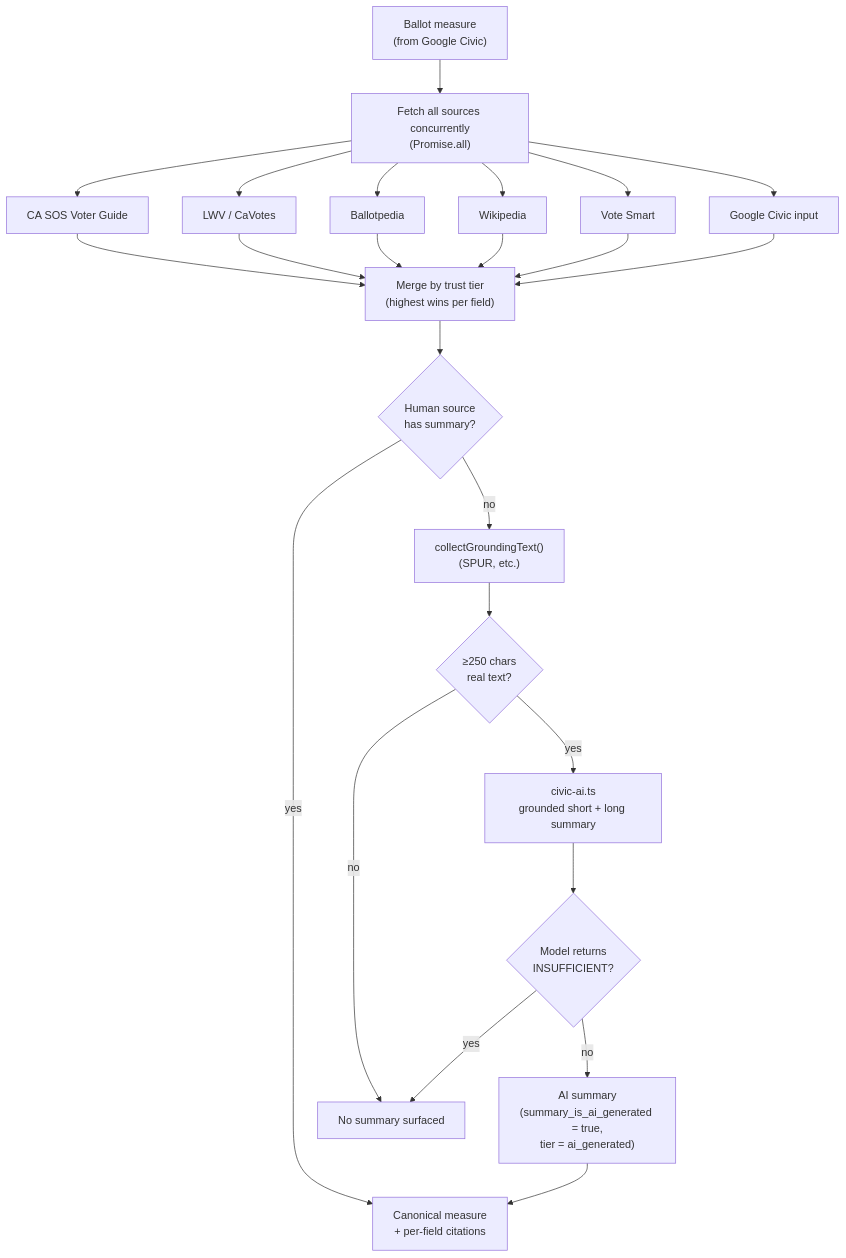
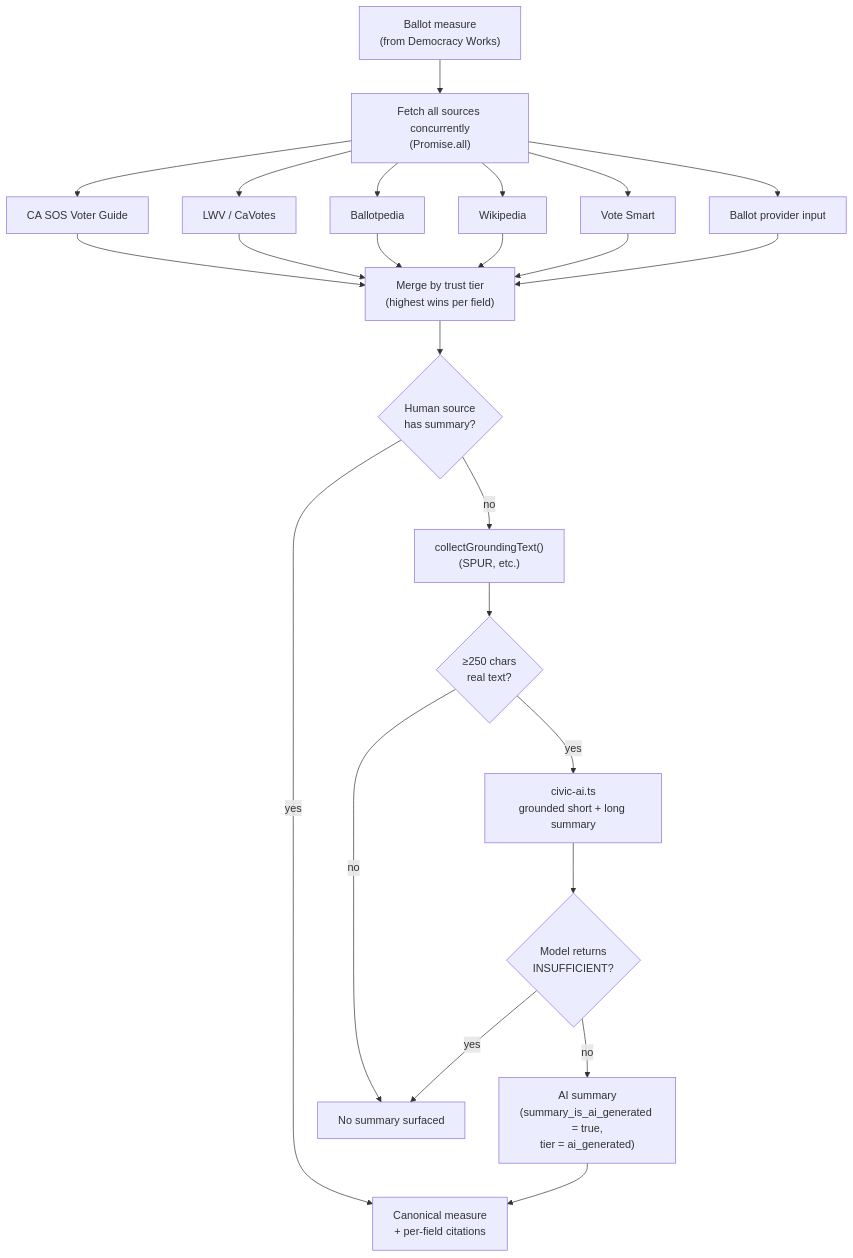
The diagram in docs/measure-enrichment.md (billion-app/billion), drawn with Mermaid before and after one commit. The commit also changed other lines of this file and 18 other files, not shown here.

Commit message:
feat(api): migrate ballot reads to Democracy Works

````diff
--- a/docs/measure-enrichment.md
+++ b/docs/measure-enrichment.md
@@ -67,24 +66,24 @@
 ```mermaid
 flowchart TD
-    measure["Ballot measure<br/>(from Google Civic)"] --> fetch["Fetch all sources concurrently<br/>(Promise.all)"]
+    measure["Ballot measure<br/>(from Democracy Works)"] --> fetch["Fetch all sources concurrently<br/>(Promise.all)"]
 
     fetch --> sos["CA SOS Voter Guide"]
     fetch --> lwv["LWV / CaVotes"]
     fetch --> bp["Ballotpedia"]
     fetch --> wiki["Wikipedia"]
     fetch --> vs["Vote Smart"]
-    fetch --> gc["Google Civic input"]
+    fetch --> gc["Ballot provider input"]
 
     sos & lwv & bp & wiki & vs & gc --> merge["Merge by trust tier<br/>(highest wins per field)"]
 
     merge --> hassummary{"Human source<br/>has summary?"}
     hassummary -->|yes| done["Canonical measure<br/>+ per-field citations"]
     hassummary -->|no| ground["collectGroundingText()<br/>(SPUR, etc.)"]
     ground --> enough{"≥250 chars<br/>real text?"}
     enough -->|no| nosummary["No summary surfaced"]
     enough -->|yes| genai["civic-ai.ts<br/>grounded short + long summary"]
     genai --> sentinel{"Model returns<br/>INSUFFICIENT?"}
     sentinel -->|yes| nosummary
     sentinel -->|no| flagged["AI summary<br/>(summary_is_ai_generated = true,<br/>tier = ai_generated)"]
     flagged --> done
 ```
````
